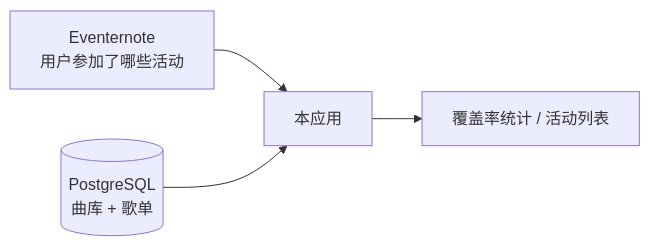
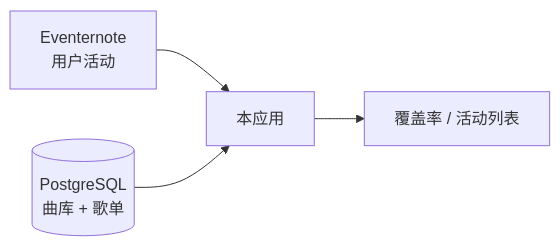
The diagram in README.md (calcxx/bandori-live-songs), drawn with Mermaid before and after one commit. The commit also changed other lines of this file and 1 other file, not shown here.

````diff
--- a/README.md
+++ b/README.md
@@ -37,6 +26,6 @@
 ```mermaid
 flowchart LR
-  EN[Eventernote<br/>用户参加了哪些活动] --> App[本应用]
+  EN[Eventernote<br/>用户活动] --> App[本应用]
   DB[(PostgreSQL<br/>曲库 + 歌单)] --> App
-  App --> UI[覆盖率统计 / 活动列表]
+  App --> UI[覆盖率 / 活动列表]
 ```
````
